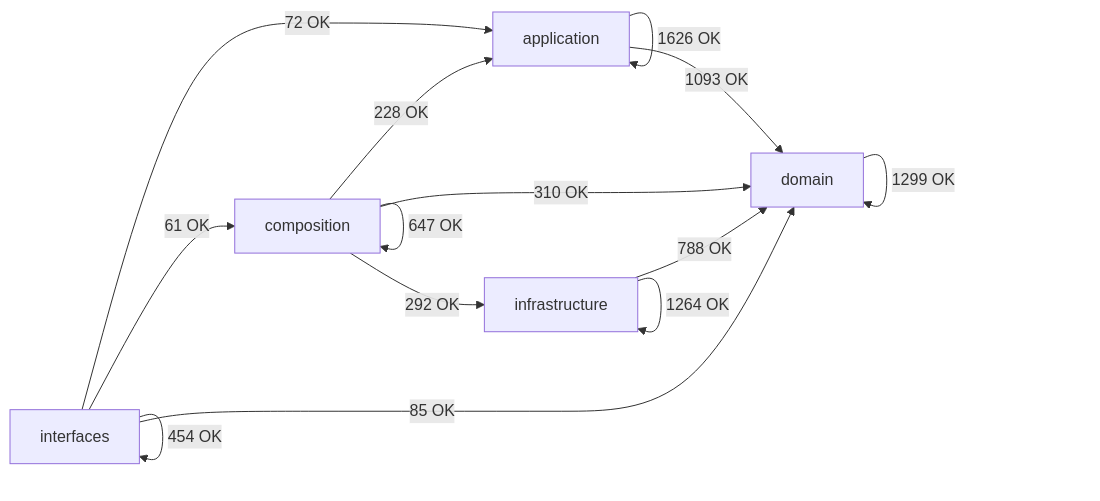
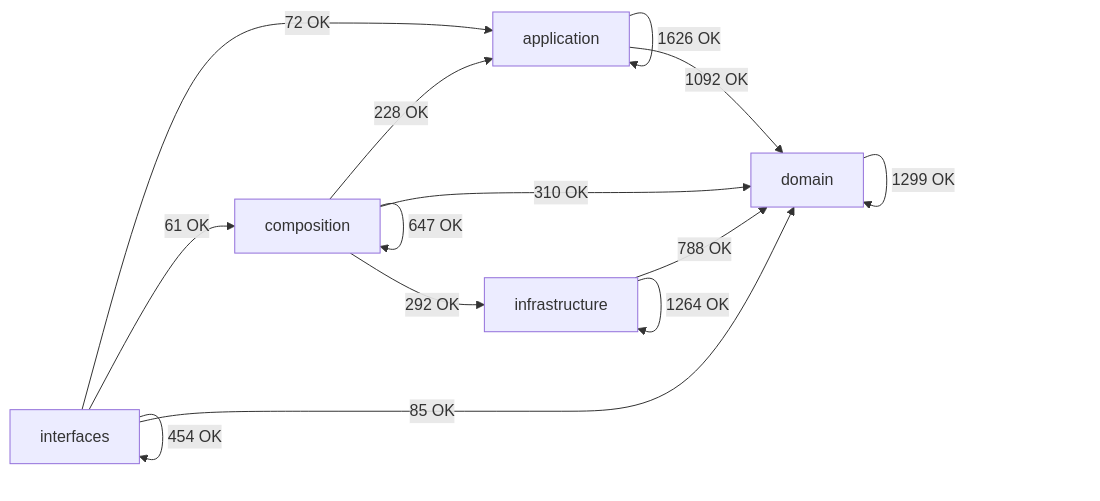
Before and after one commit to SatoryKono/BioactivityDataAcquisition: the diagram in docs/02-architecture/generated/module-dependency-map.md, drawn with Mermaid. The commit also changed other lines of this file and 20 other files, not shown here.

Commit message:
fix: synchronize architecture closeout evidence

````diff
--- a/docs/02-architecture/generated/module-dependency-map.md
+++ b/docs/02-architecture/generated/module-dependency-map.md
@@ -17,21 +17,21 @@
 ```mermaid
 flowchart LR
     domain[domain]
     application[application]
     infrastructure[infrastructure]
     composition[composition]
     interfaces[interfaces]
     application -->|1626 OK| application
-    application -->|1093 OK| domain
+    application -->|1092 OK| domain
     composition -->|228 OK| application
     composition -->|647 OK| composition
     composition -->|310 OK| domain
     composition -->|292 OK| infrastructure
     domain -->|1299 OK| domain
     infrastructure -->|788 OK| domain
     infrastructure -->|1264 OK| infrastructure
     interfaces -->|72 OK| application
     interfaces -->|61 OK| composition
     interfaces -->|85 OK| domain
     interfaces -->|454 OK| interfaces
 ```
````
